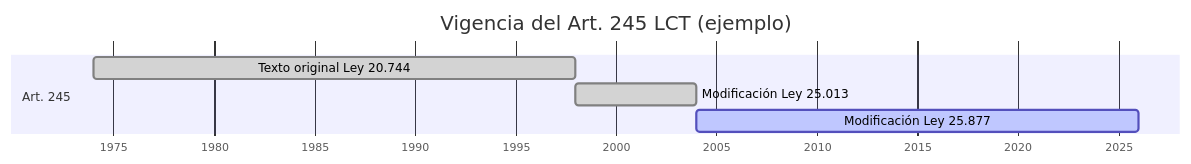
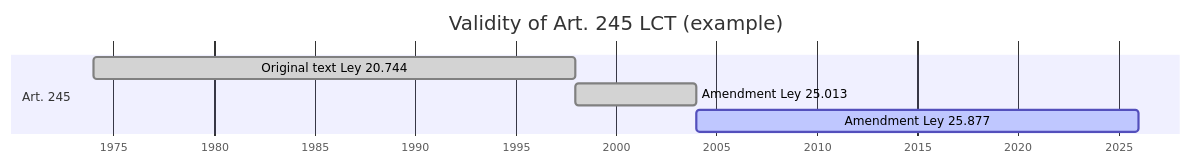
One commit to pablonux/legal-ai-ar changed the second of 5 diagrams in docs/technical/09-data-knowledge-management.md. Above: the diagram before and after it, drawn with Mermaid. The commit also changed other lines of this file and 2 other files, not shown here.

````diff
--- a/docs/technical/09-data-knowledge-management.md
+++ b/docs/technical/09-data-knowledge-management.md
@@ -166,11 +166,11 @@
 ```mermaid
 gantt
-    title Vigencia del Art. 245 LCT (ejemplo)
+    title Validity of Art. 245 LCT (example)
     dateFormat  YYYY
     axisFormat  %Y
-    
+
     section Art. 245
-    Texto original Ley 20.744       :done, 1974, 1998
-    Modificación Ley 25.013         :done, 1998, 2004
-    Modificación Ley 25.877         :active, 2004, 2026
+    Original text Ley 20.744        :done, 1974, 1998
+    Amendment Ley 25.013            :done, 1998, 2004
+    Amendment Ley 25.877            :active, 2004, 2026
 ```
````
